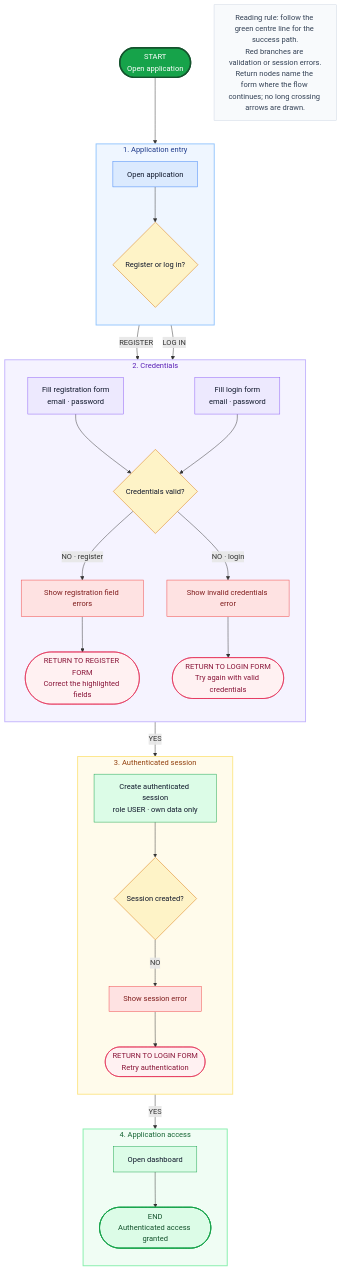
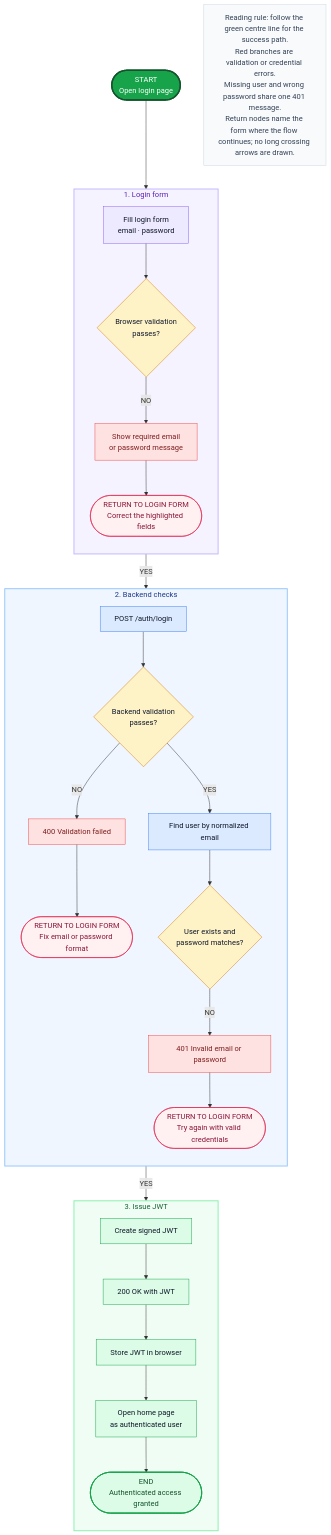
One commit to 22simeon14/finance_tracker changed the third of 8 diagrams in docs/architecture.md. Above: the diagram before and after it, drawn with Mermaid. The commit also changed other lines of this file and 5 other files, not shown here.

````diff
--- a/docs/architecture.md
+++ b/docs/architecture.md
@@ -98,74 +215,68 @@
 ```mermaid
 flowchart TB
-    %% Flow A — Authentication
-    %% MVP only: register / login / session. No admin, social login, 2FA,
-    %% email confirmation, or forgotten-password paths.
+    %% Flow A — Login
+    %% Public POST /auth/login; success returns JWT (no server session).
+    %% Missing user and wrong password share the same 401 message.
     %% Layout: green centre line = success path. Red = errors to the side.
     %% Return nodes name the form to reopen; no long crossing arrows.
 
-    start(["START<br/>Open application"])
+    start(["START<br/>Open login page"])
 
-    subgraph entry["1. Application entry"]
+    subgraph form["1. Login form"]
         direction TB
-        open_app["Open application"]
-        choose{"Register or log in?"}
+        fillForm["Fill login form<br/>email · password"]
+        clientValid{"Browser validation<br/>passes?"}
+        clientError["Show required email<br/>or password message"]
+        returnClient(["RETURN TO LOGIN FORM<br/>Correct the highlighted fields"])
+
+        fillForm --> clientValid
+        clientValid -->|NO| clientError
+        clientError --> returnClient
     end
 
-    start --> open_app --> choose
+    start --> fillForm
 
-    subgraph credentials["2. Credentials"]
+    subgraph request["2. Backend checks"]
         direction TB
-        register_form["Fill registration form<br/>email · password"]
-        login_form["Fill login form<br/>email · password"]
-        validate{"Credentials valid?"}
+        sendRequest["POST /auth/login"]
+        backendValid{"Backend validation<br/>passes?"}
+        validationError["400 Validation failed"]
+        returnValidation(["RETURN TO LOGIN FORM<br/>Fix email or password format"])
+        findUser["Find user by normalized email"]
+        credentialsValid{"User exists and<br/>password matches?"}
+        loginError["401 Invalid email or password"]
+        returnLogin(["RETURN TO LOGIN FORM<br/>Try again with valid credentials"])
 
-        reg_error["Show registration field errors"]
-        login_error["Show invalid credentials error"]
-        return_register(["RETURN TO REGISTER FORM<br/>Correct the highlighted fields"])
-        return_login(["RETURN TO LOGIN FORM<br/>Try again with valid credentials"])
-
-        register_form --> validate
-        login_form --> validate
-        validate -->|NO · register| reg_error
-        validate -->|NO · login| login_error
-        reg_error --> return_register
-        login_error --> return_login
+        sendRequest --> backendValid
+        backendValid -->|NO| validationError
+        validationError --> returnValidation
+        backendValid -->|YES| findUser
+        findUser --> credentialsValid
+        credentialsValid -->|NO| loginError
+        loginError --> returnLogin
     end
 
-    choose -->|REGISTER| register_form
-    choose -->|LOG IN| login_form
+    clientValid -->|YES| sendRequest
 
-    subgraph session["3. Authenticated session"]
+    subgraph issue["3. Issue JWT"]
         direction TB
-        create_session["Create authenticated session<br/>role USER · own data only"]
-        session_ok{"Session created?"}
-        session_error["Show session error"]
-        return_login_session(["RETURN TO LOGIN FORM<br/>Retry authentication"])
+        createToken["Create signed JWT"]
+        returnToken["200 OK with JWT"]
+        storeToken["Store JWT in browser"]
+        openHome["Open home page<br/>as authenticated user"]
+        endOk(["END<br/>Authenticated access granted"])
 
-        create_session --> session_ok
-        session_ok -->|NO| session_error
-        session_error --> return_login_session
+        createToken --> returnToken --> storeToken --> openHome --> endOk
     end
 
-    validate -->|YES| create_session
+    credentialsValid -->|YES| createToken
 
-    subgraph access["4. Application access"]
-        direction TB
-        open_dashboard["Open dashboard"]
-        end_ok(["END<br/>Authenticated access granted"])
-
-        open_dashboard --> end_ok
-    end
-
-    session_ok -->|YES| open_dashboard
-
-    legend["Reading rule: follow the green centre line for the success path.<br/>Red branches are validation or session errors.<br/>Return nodes name the form where the flow continues; no long crossing arrows are drawn."]
+    legend["Reading rule: follow the green centre line for the success path.<br/>Red branches are validation or credential errors.<br/>Missing user and wrong password share one 401 message.<br/>Return nodes name the form where the flow continues; no long crossing arrows are drawn."]
 
     classDef startNode fill:#16a34a,stroke:#14532d,stroke-width:3px,color:#fff
-    classDef action fill:#ffffff,stroke:#94a3b8,color:#0f172a
-    classDef entryAction fill:#dbeafe,stroke:#3b82f6,color:#0f172a
     classDef formAction fill:#ede9fe,stroke:#8b5cf6,color:#0f172a
-    classDef sessionAction fill:#dcfce7,stroke:#16a34a,color:#0f172a
+    classDef requestAction fill:#dbeafe,stroke:#3b82f6,color:#0f172a
+    classDef issueAction fill:#dcfce7,stroke:#16a34a,color:#0f172a
     classDef decision fill:#fef3c7,stroke:#d97706,color:#0f172a
     classDef error fill:#fee2e2,stroke:#ef4444,color:#7f1d1d
     classDef restart fill:#fff1f2,stroke:#e11d48,color:#881337
@@ -173,17 +284,16 @@
     classDef legendBox fill:#f8fafc,stroke:#cbd5e1,color:#334155
 
     class start startNode
-    class open_app entryAction
-    class register_form,login_form formAction
-    class create_session,open_dashboard sessionAction
-    class choose,validate,session_ok decision
-    class reg_error,login_error,session_error error
-    class return_register,return_login,return_login_session restart
-    class end_ok endNode
+    class fillForm formAction
+    class sendRequest,findUser requestAction
+    class createToken,returnToken,storeToken,openHome issueAction
+    class clientValid,backendValid,credentialsValid decision
+    class clientError,validationError,loginError error
+    class returnClient,returnValidation,returnLogin restart
+    class endOk endNode
     class legend legendBox
 
-    style entry fill:#eff6ff,stroke:#93c5fd,stroke-width:2px,color:#1e3a8a
-    style credentials fill:#f5f3ff,stroke:#c4b5fd,stroke-width:2px,color:#5b21b6
-    style session fill:#fffbeb,stroke:#fde68a,stroke-width:2px,color:#92400e
-    style access fill:#f0fdf4,stroke:#86efac,stroke-width:2px,color:#166534
+    style form fill:#f5f3ff,stroke:#c4b5fd,stroke-width:2px,color:#5b21b6
+    style request fill:#eff6ff,stroke:#93c5fd,stroke-width:2px,color:#1e3a8a
+    style issue fill:#f0fdf4,stroke:#86efac,stroke-width:2px,color:#166534
 ```
````
